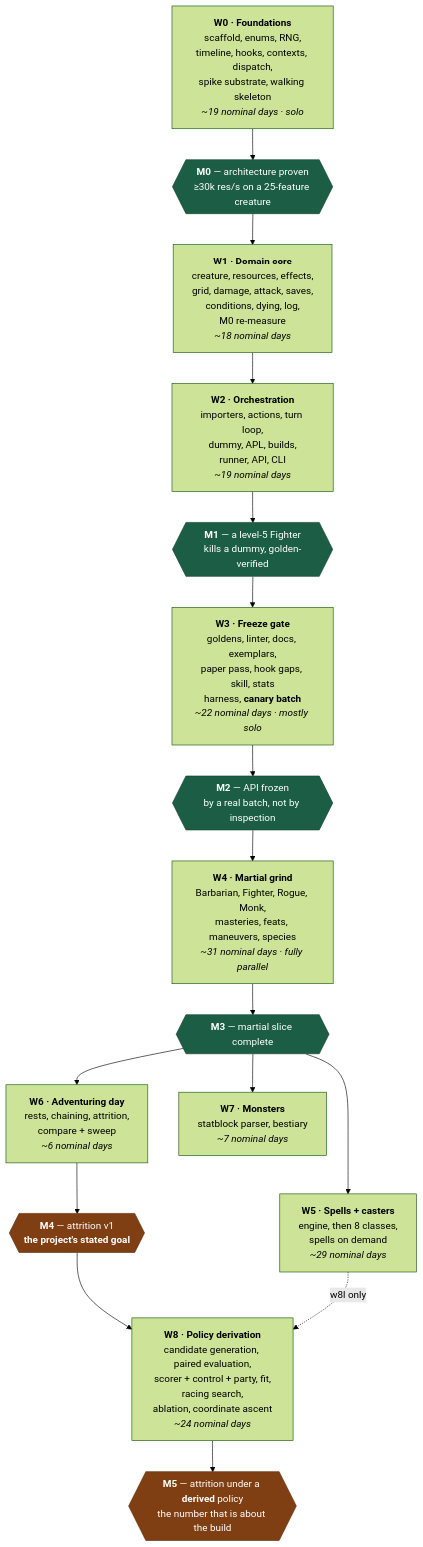
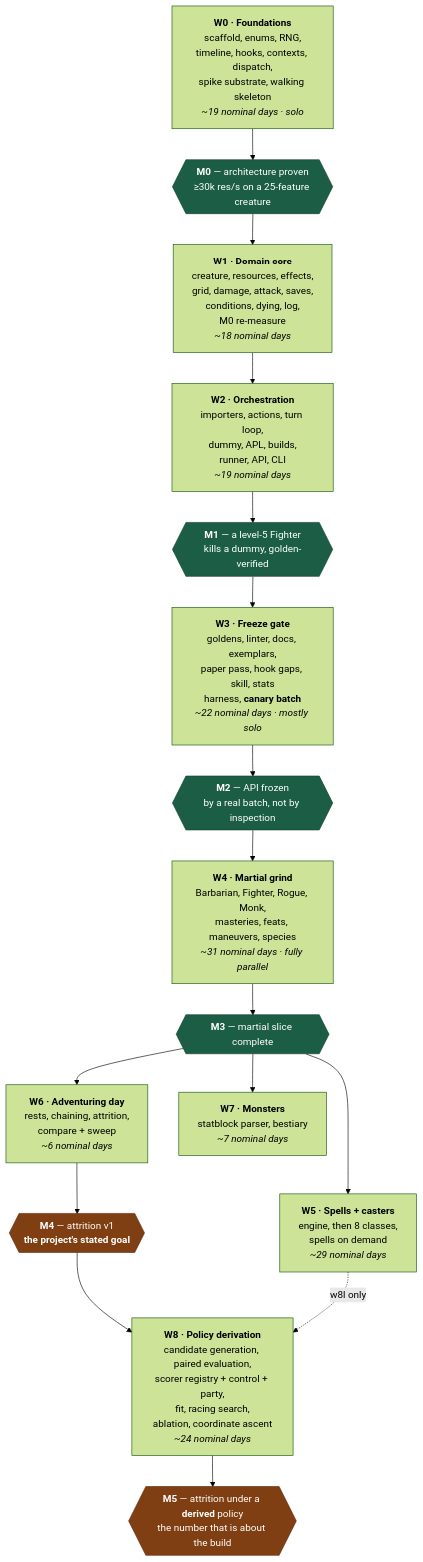
One commit to Luguza/DnD-Simulator changed the diagram in ROADMAP.md. Above: the diagram before and after it, drawn with Mermaid (forest theme). The commit also changed other lines of this file and 3 other files, not shown here.

````diff
--- a/ROADMAP.md
+++ b/ROADMAP.md
@@ -89,30 +89,30 @@
 ```mermaid
 flowchart TD
     W0["<b>W0 · Foundations</b><br/>scaffold, enums, RNG,<br/>timeline, hooks, contexts, dispatch,<br/>spike substrate, walking skeleton<br/><i>~19 nominal days · solo</i>"]
     M0{{"<b>M0</b> — architecture proven<br/>≥30k res/s on a 25-feature creature"}}
     W1["<b>W1 · Domain core</b><br/>creature, resources, effects,<br/>grid, damage, attack, saves,<br/>conditions, dying, log,<br/>M0 re-measure<br/><i>~18 nominal days</i>"]
     W2["<b>W2 · Orchestration</b><br/>importers, actions, turn loop,<br/>dummy, APL, builds,<br/>runner, API, CLI<br/><i>~19 nominal days</i>"]
     M1{{"<b>M1</b> — a level-5 Fighter<br/>kills a dummy, golden-verified"}}
     W3["<b>W3 · Freeze gate</b><br/>goldens, linter, docs, exemplars,<br/>paper pass, hook gaps, skill, stats<br/>harness, <b>canary batch</b><br/><i>~22 nominal days · mostly solo</i>"]
     M2{{"<b>M2</b> — API frozen<br/>by a real batch, not by inspection"}}
     W4["<b>W4 · Martial grind</b><br/>Barbarian, Fighter, Rogue, Monk,<br/>masteries, feats, maneuvers, species<br/><i>~31 nominal days · fully parallel</i>"]
     M3{{"<b>M3</b> — martial slice complete"}}
     W5["<b>W5 · Spells + casters</b><br/>engine, then 8 classes,<br/>spells on demand<br/><i>~29 nominal days</i>"]
     W6["<b>W6 · Adventuring day</b><br/>rests, chaining, attrition,<br/>compare + sweep<br/><i>~6 nominal days</i>"]
     M4{{"<b>M4</b> — attrition v1<br/><b>the project's stated goal</b>"}}
     W7["<b>W7 · Monsters</b><br/>statblock parser, bestiary<br/><i>~7 nominal days</i>"]
-    W8["<b>W8 · Policy derivation</b><br/>candidate generation, paired evaluation,<br/>scorer + control + party, fit,<br/>racing search,<br/>ablation, coordinate ascent<br/><i>~24 nominal days</i>"]
+    W8["<b>W8 · Policy derivation</b><br/>candidate generation, paired evaluation,<br/>scorer registry + control + party,<br/>fit, racing search,<br/>ablation, coordinate ascent<br/><i>~24 nominal days</i>"]
     M5{{"<b>M5</b> — attrition under a <b>derived</b> policy<br/>the number that is about the build"}}
 
     W0 --> M0 --> W1 --> W2 --> M1 --> W3 --> M2 --> W4 --> M3
     M3 --> W5
     M3 --> W6 --> M4
     M3 --> W7
     M4 --> W8 --> M5
     W5 -.->|"w8l only"| W8
 
     classDef gate fill:#1b5e45,stroke:#123f2f,color:#ffffff;
     classDef goal fill:#7f3f12,stroke:#5c2d0d,color:#ffffff;
     class M0,M1,M2,M3 gate;
     class M4,M5 goal;
 ```
````
